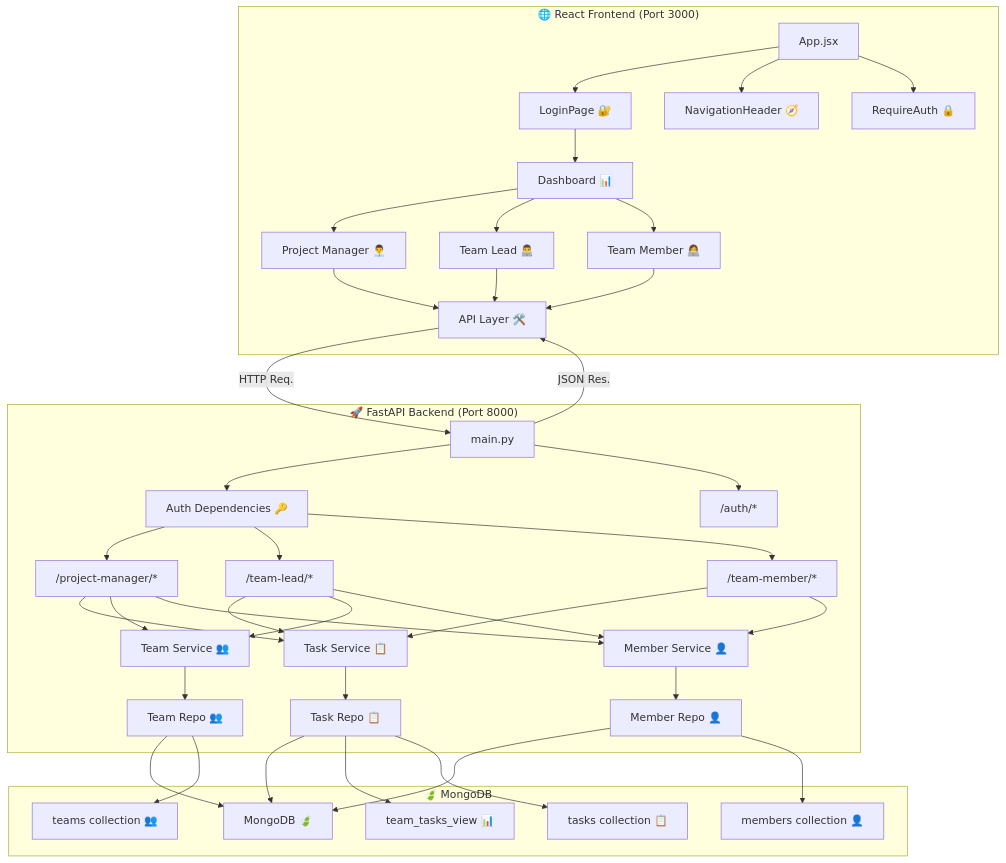
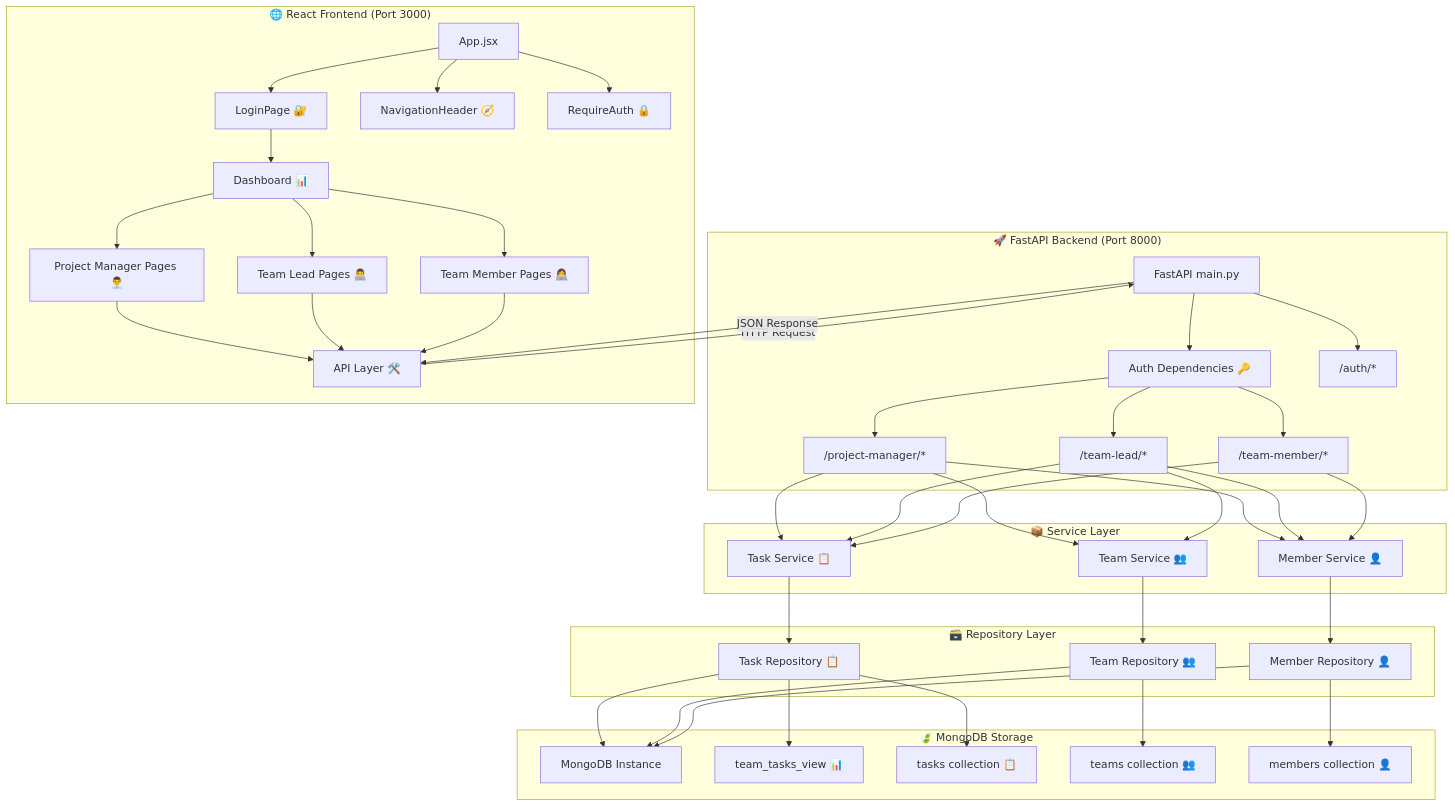
The diagram in README.md (krishnamohan-seelam/task-management-app), drawn with Mermaid before and after one commit. The commit also changed other lines of this file, not shown here.

````diff
--- a/README.md
+++ b/README.md
@@ -114,15 +114,48 @@
 ``` mermaid
 graph TB
 
-    %% Frontend
+    %% Services
+    subgraph "📦 Service Layer"
+        Q["Task Service 📋"]
+        R["Team Service 👥"]
+        S["Member Service 👤"]
+    end
+
+    %% Repositories
+    subgraph "🗃️ Repository Layer"
+        T["Task Repository 📋"]
+        U["Team Repository 👥"]
+        V["Member Repository 👤"]
+    end
+
+    %% Storage
+    subgraph "🍃 MongoDB Storage"
+        W["MongoDB Instance"]
+        X["team_tasks_view 📊"]
+        Y["tasks collection 📋"]
+        Z["teams collection 👥"]
+        AA["members collection 👤"]
+    end
+
+    %% FastAPI Backend
+    subgraph "🚀 FastAPI Backend (Port 8000)"
+        K["FastAPI main.py"]
+        L["Auth Dependencies 🔑"]
+        M["/project-manager/*"]
+        N["/team-lead/*"]
+        O["/team-member/*"]
+        P["/auth/*"]
+    end
+
+    %% React Frontend
     subgraph "🌐 React Frontend (Port 3000)"
         A["App.jsx"]
         B["LoginPage 🔐"]
         C["Dashboard 📊"]
         D["API Layer 🛠️"]
-        E["Project Manager 👨‍💼"]
-        F["Team Lead 👨‍💻"]
-        G["Team Member 👩‍💻"]
+        E["Project Manager Pages 👨‍💼"]
+        F["Team Lead Pages 👨‍💻"]
+        G["Team Member Pages 👩‍💻"]
         H["NavigationHeader 🧭"]
         I["RequireAuth 🔒"]
     end
@@ -139,30 +172,17 @@
     F --> D
     G --> D
 
-    %% Backend
-    subgraph "🚀 FastAPI Backend (Port 8000)"
-        K["main.py"]
-        L["Auth Dependencies 🔑"]
-        M["/project-manager/*"]
-        N["/team-lead/*"]
-        O["/team-member/*"]
-        P["/auth/*"]
-        Q["Task Service 📋"]
-        R["Team Service 👥"]
-        S["Member Service 👤"]
-        T["Task Repo 📋"]
-        U["Team Repo 👥"]
-        V["Member Repo 👤"]
-    end
+    %% API Communication
+    D -->|HTTP Request| K
+    K -->|JSON Response| D
 
     %% Backend Flow
-    D -->|HTTP Req.| K
-    K -->|JSON Res.| D
     K --> L
     L --> M
     L --> N
     L --> O
     K --> P
+
     M --> Q
     M --> R
     M --> S
@@ -171,20 +191,13 @@
     N --> S
     O --> Q
     O --> S
+
+    %% Data Linking
     Q --> T
     R --> U
     S --> V
 
-    %% Database
-    subgraph "🍃 MongoDB"
-        W["MongoDB 🍃"]
-        X["team_tasks_view 📊"]
-        Y["tasks collection 📋"]
-        Z["teams collection 👥"]
-        AA["members collection 👤"]
-    end
-
-    %% Data Persistence
+    %% DB Layer Connections
     T --> W
     U --> W
     V --> W
@@ -192,4 +205,5 @@
     T --> Y
     U --> Z
     V --> AA
+
 ```
````
